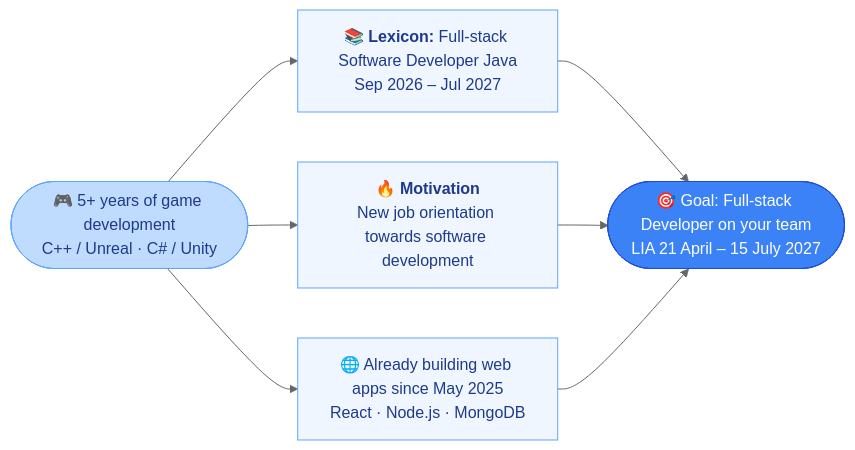
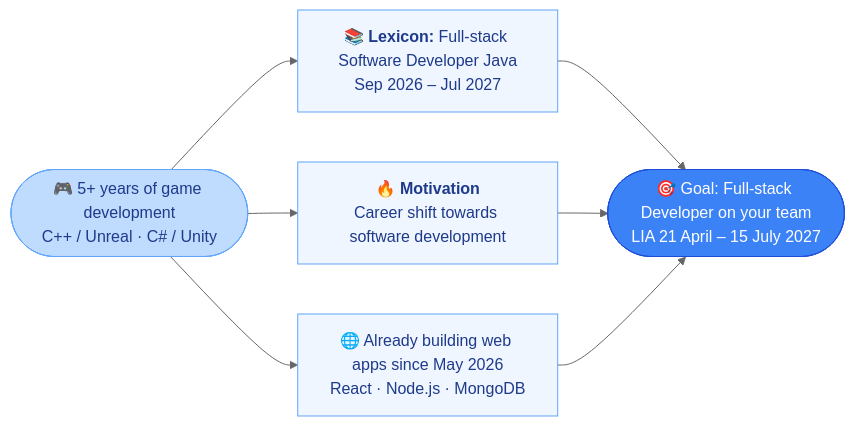
Before and after one commit to IsaVII/IsaVII: the diagram in README.md, drawn with Mermaid (neutral theme). The commit also changed other lines of this file, not shown here.

Commit message:
Update README to clarify learning details and improve flowchart motivation

````diff
--- a/README.md
+++ b/README.md
@@ -30,17 +30,17 @@
 ```mermaid
 flowchart LR
     A(["🎮 5+ years of game development<br/>C++ / Unreal · C# / Unity"]) --> B["📚 <b>Lexicon:</b> Full-stack Software Developer Java<br/>Sep 2026 – Jul 2027"]
-    A --> C["🔥 <b>Motivation</b><br/>New job orientation towards software development"]
-    A --> E["🌐 Already building web apps since May 2025<br/>React · Node.js · MongoDB"]
+    A --> C["🔥 <b>Motivation</b><br/>Career shift towards software development"]
+    A --> E["🌐 Already building web apps since May 2026<br/>React · Node.js · MongoDB"]
     B --> D(["🎯 Goal: Full-stack Developer on your team<br/>LIA 21 April – 15 July 2027"])
     C --> D
     E --> D
 
     classDef start fill:#bfdbfe,stroke:#60a5fa,color:#1e3a8a
     classDef step fill:#eff6ff,stroke:#60a5fa,color:#1e3a8a
     classDef goal fill:#3b82f6,stroke:#1d4ed8,color:#fff
 
     class A start
     class B,C,E step
     class D goal
 ```
````
